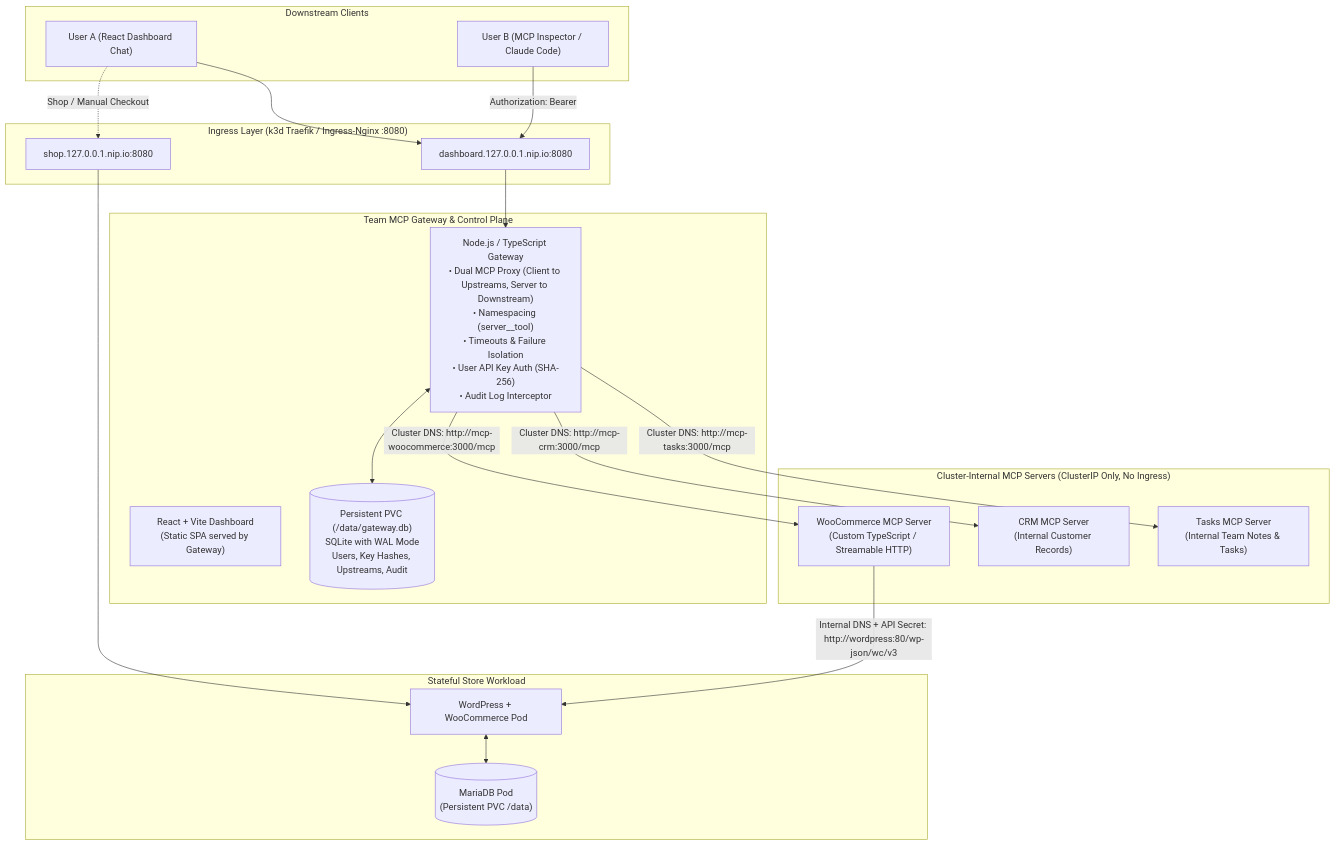
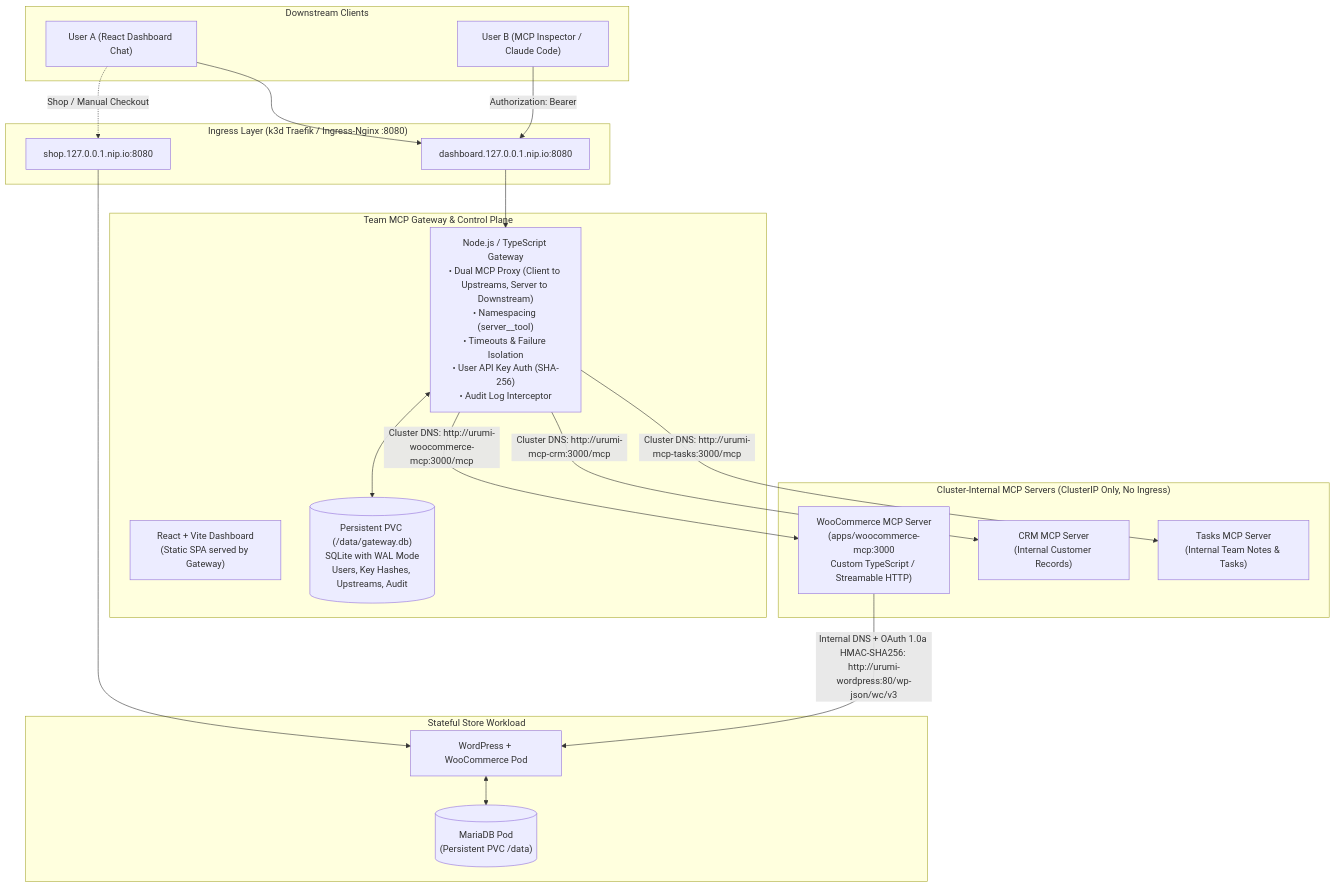
The diagram in docs/architecture.md (AdityaDRathore/MCP-Gateway-Kubernetes-Wcom), drawn with Mermaid before and after one commit. The commit also changed other lines of this file and 7 other files, not shown here.

````diff
--- a/docs/architecture.md
+++ b/docs/architecture.md
@@ -9,44 +9,44 @@
 ```mermaid
 flowchart TD
     subgraph Clients ["Downstream Clients"]
         UserA["User A (React Dashboard Chat)"]
         UserB["User B (MCP Inspector / Claude Code)"]
     end
 
     subgraph Ingress ["Ingress Layer (k3d Traefik / Ingress-Nginx :8080)"]
         IngressShop["shop.127.0.0.1.nip.io:8080"]
         IngressApp["dashboard.127.0.0.1.nip.io:8080"]
     end
 
     subgraph CorePlatform ["Team MCP Gateway & Control Plane"]
         DashboardUI["React + Vite Dashboard<br/>(Static SPA served by Gateway)"]
         GatewayBackend["Node.js / TypeScript Gateway<br/>• Dual MCP Proxy (Client to Upstreams, Server to Downstream)<br/>• Namespacing (server__tool)<br/>• Timeouts & Failure Isolation<br/>• User API Key Auth (SHA-256)<br/>• Audit Log Interceptor"]
         GatewayStorage[("Persistent PVC (/data/gateway.db)<br/>SQLite with WAL Mode<br/>Users, Key Hashes, Upstreams, Audit")]
     end
 
     subgraph InternalUpstreams ["Cluster-Internal MCP Servers (ClusterIP Only, No Ingress)"]
-        WooMCP["WooCommerce MCP Server<br/>(Custom TypeScript / Streamable HTTP)"]
+        WooMCP["WooCommerce MCP Server<br/>(apps/woocommerce-mcp:3000<br/>Custom TypeScript / Streamable HTTP)"]
         CRMMCP["CRM MCP Server<br/>(Internal Customer Records)"]
         TasksMCP["Tasks MCP Server<br/>(Internal Team Notes & Tasks)"]
     end
 
     subgraph StoreLayer ["Stateful Store Workload"]
         WordPress["WordPress + WooCommerce Pod"]
         MariaDB[("MariaDB Pod<br/>(Persistent PVC /data)")]
     end
 
     UserA --> IngressApp
     UserB -->|Authorization: Bearer <key>| IngressApp
     UserA -.->|Shop / Manual Checkout| IngressShop
 
     IngressShop --> WordPress
     WordPress <--> MariaDB
 
     IngressApp --> GatewayBackend
     GatewayBackend <--> GatewayStorage
-    GatewayBackend -->|Cluster DNS: http://mcp-woocommerce:3000/mcp| WooMCP
-    GatewayBackend -->|Cluster DNS: http://mcp-crm:3000/mcp| CRMMCP
-    GatewayBackend -->|Cluster DNS: http://mcp-tasks:3000/mcp| TasksMCP
+    GatewayBackend -->|Cluster DNS: http://urumi-woocommerce-mcp:3000/mcp| WooMCP
+    GatewayBackend -->|Cluster DNS: http://urumi-mcp-crm:3000/mcp| CRMMCP
+    GatewayBackend -->|Cluster DNS: http://urumi-mcp-tasks:3000/mcp| TasksMCP
 
-    WooMCP -->|Internal DNS + API Secret: http://wordpress:80/wp-json/wc/v3| WordPress
+    WooMCP -->|Internal DNS + OAuth 1.0a HMAC-SHA256: http://urumi-wordpress:80/wp-json/wc/v3| WordPress
 ```
````
